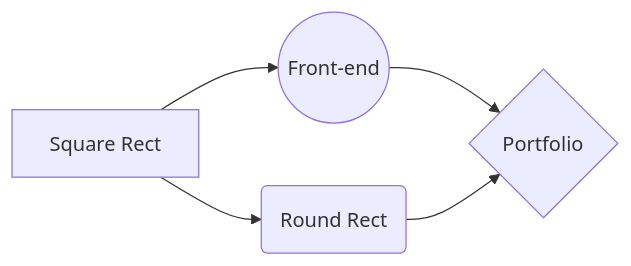
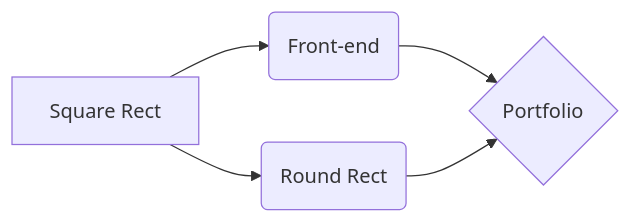
The diagram in README.md (N-Uladzislau/Portfolio_Project), drawn with Mermaid before and after one commit.

````diff
--- a/README.md
+++ b/README.md
@@ -2,7 +2,7 @@
 ```mermaid
 graph LR
-A[Square Rect] --> B((Front-end))
+A[Square Rect] --> B(Front-end)
 A --> C(Round Rect)
 B --> D{Portfolio}
 C --> D
 ```
````
